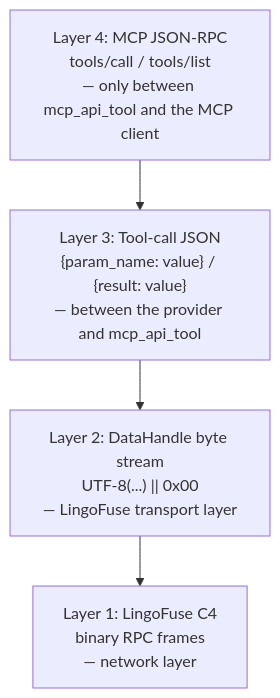
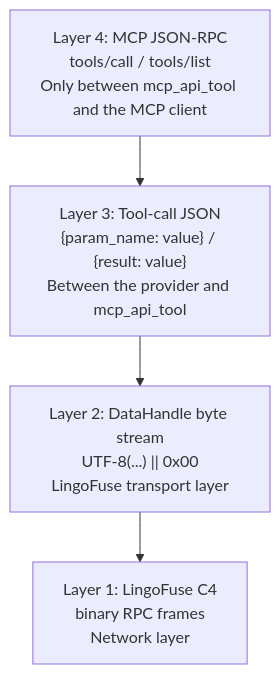
Before and after one commit to PassByYou888/LingoFuse-Tools: the third of 13 diagrams in src/pascal_c_to_mcp/MCP_API_Contract.md, drawn with Mermaid. The commit also changed other lines of this file and 35 other files, not shown here.

````diff
--- a/src/pascal_c_to_mcp/MCP_API_Contract.md
+++ b/src/pascal_c_to_mcp/MCP_API_Contract.md
@@ -117,11 +125,11 @@
 ```mermaid
 flowchart TB
-    L4["Layer 4: MCP JSON-RPC<br/>tools/call / tools/list<br/>— only between mcp_api_tool and the MCP client"]
-    L3["Layer 3: Tool-call JSON<br/>{param_name: value} / {result: value}<br/>— between the provider and mcp_api_tool"]
-    L2["Layer 2: DataHandle byte stream<br/>UTF-8(...) || 0x00<br/>— LingoFuse transport layer"]
-    L1["Layer 1: LingoFuse C4<br/>binary RPC frames<br/>— network layer"]
+    L4["Layer 4: MCP JSON-RPC<br/>tools/call / tools/list<br/>Only between mcp_api_tool and the MCP client"]
+    L3["Layer 3: Tool-call JSON<br/>{param_name: value} / {result: value}<br/>Between the provider and mcp_api_tool"]
+    L2["Layer 2: DataHandle byte stream<br/>UTF-8(...) || 0x00<br/>LingoFuse transport layer"]
+    L1["Layer 1: LingoFuse C4<br/>binary RPC frames<br/>Network layer"]
 
     L4 --> L3
     L3 --> L2
     L2 --> L1
 ```
````
